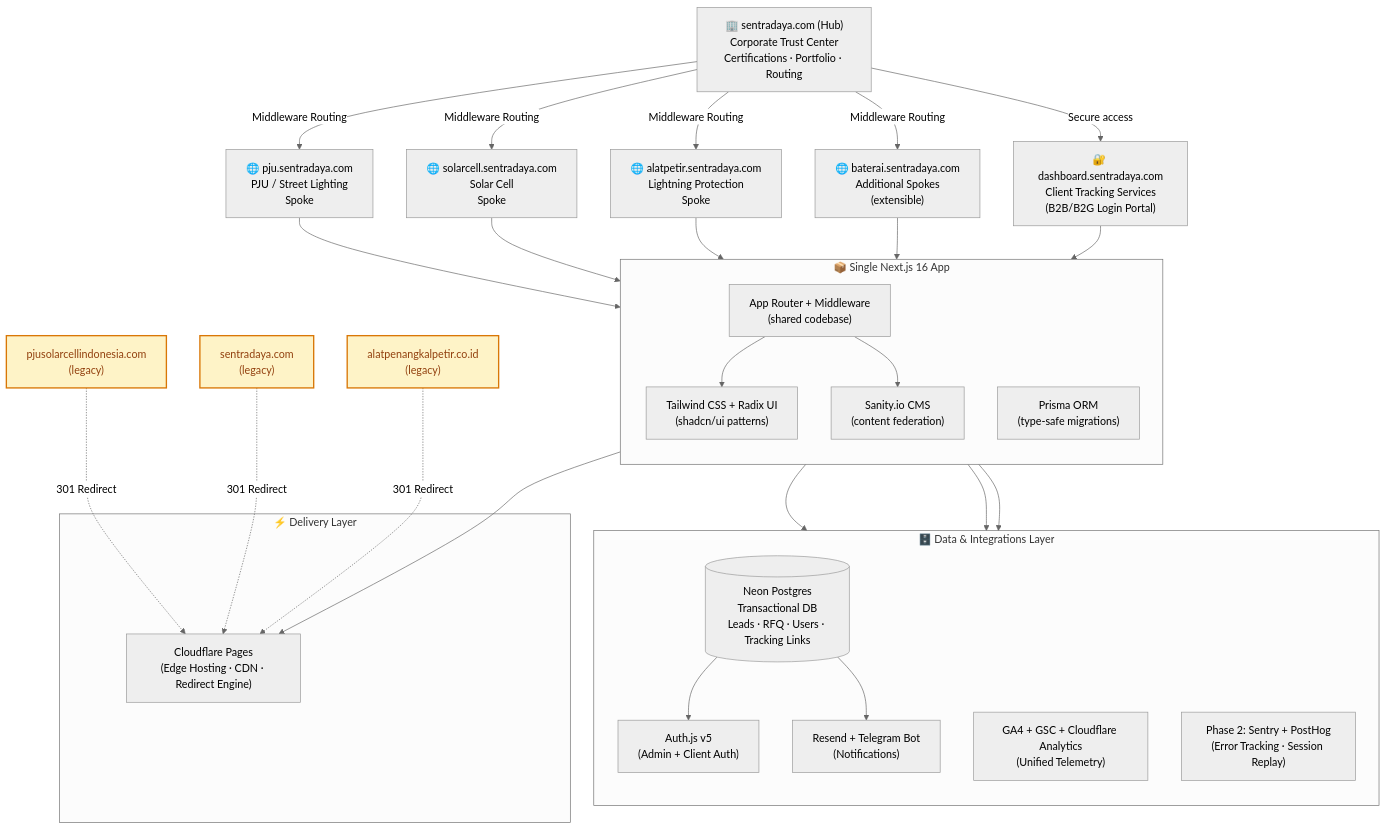
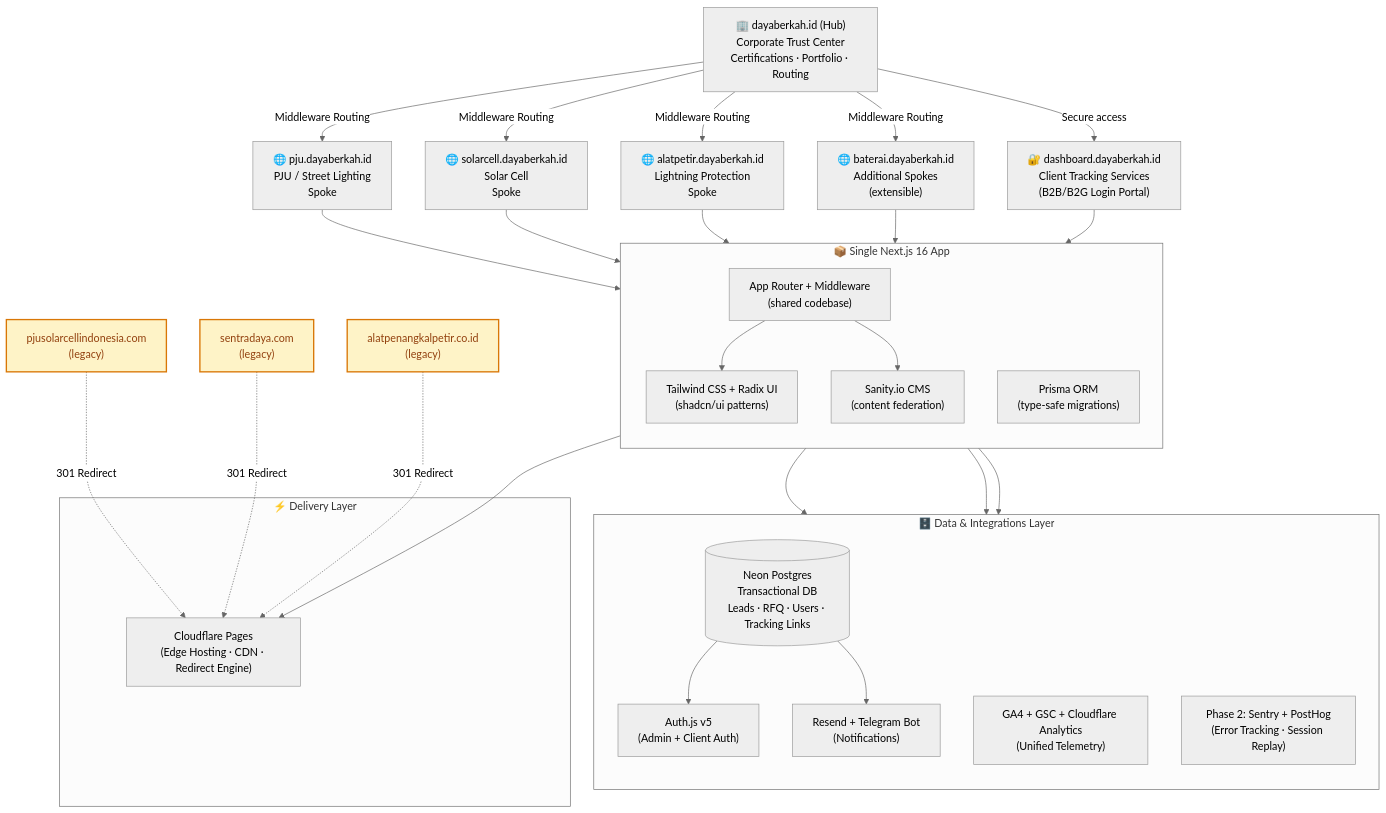
The first of 3 diagrams in docs/core/prd/prd-v3.md (pxrzival404/arostech-hub), drawn with Mermaid (neutral theme) before and after one commit. The commit also changed other lines of this file and 27 other files, not shown here.

````diff
--- a/docs/core/prd/prd-v3.md
+++ b/docs/core/prd/prd-v3.md
@@ -99,49 +99,49 @@
 ```mermaid
 ---
 config:
   layout: dagre
 ---
 flowchart TD
     classDef entry fill:#fef3c7,stroke:#d97706,stroke-width:2px,color:#92400e
     classDef conversion fill:#fff7ed,stroke:#ea580c,stroke-width:2px,color:#9a3412
 
-    Root["🏢 sentradaya.com (Hub)\nCorporate Trust Center\nCertifications · Portfolio · Routing"]
-    Root -->|"Middleware Routing"| S1["🌐 pju.sentradaya.com\nPJU / Street Lighting\nSpoke"]
-    Root -->|"Middleware Routing"| S2["🌐 solarcell.sentradaya.com\nSolar Cell\nSpoke"]
-    Root -->|"Middleware Routing"| S3["🌐 alatpetir.sentradaya.com\nLightning Protection\nSpoke"]
-    Root -->|"Middleware Routing"| SN["🌐 baterai.sentradaya.com\nAdditional Spokes\n(extensible)"]
-    Root -->|"Secure access"| SD["🔐 dashboard.sentradaya.com\nClient Tracking Services\n(B2B/B2G Login Portal)"]
+    Root["🏢 dayaberkah.id (Hub)\nCorporate Trust Center\nCertifications · Portfolio · Routing"]
+    Root -->|"Middleware Routing"| S1["🌐 pju.dayaberkah.id\nPJU / Street Lighting\nSpoke"]
+    Root -->|"Middleware Routing"| S2["🌐 solarcell.dayaberkah.id\nSolar Cell\nSpoke"]
+    Root -->|"Middleware Routing"| S3["🌐 alatpetir.dayaberkah.id\nLightning Protection\nSpoke"]
+    Root -->|"Middleware Routing"| SN["🌐 baterai.dayaberkah.id\nAdditional Spokes\n(extensible)"]
+    Root -->|"Secure access"| SD["🔐 dashboard.dayaberkah.id\nClient Tracking Services\n(B2B/B2G Login Portal)"]
     subgraph SingleApp ["📦 Single Next.js 16 App"]
         direction TB
         NextJS["App Router + Middleware\n(shared codebase)"]
         DesignSystem["Tailwind CSS + Radix UI\n(shadcn/ui patterns)"]
         SanityFed["Sanity.io CMS\n(content federation)"]
         PrismaORM["Prisma ORM\n(type-safe migrations)"]
     end
     subgraph DataLayer ["🗄️ Data & Integrations Layer"]
         direction TB
         PS[("Neon Postgres\nTransactional DB\nLeads · RFQ · Users · Tracking Links")]
         Auth["Auth.js v5\n(Admin + Client Auth)"]
         Notif["Resend + Telegram Bot\n(Notifications)"]
         GA["GA4 + GSC + Cloudflare Analytics\n(Unified Telemetry)"]
         Mon["Phase 2: Sentry + PostHog\n(Error Tracking · Session Replay)"]
     end
     subgraph EdgeLayer ["⚡ Delivery Layer"]
         CF["Cloudflare Pages\n(Edge Hosting · CDN · Redirect Engine)"]
     end
     S1 & S2 & S3 & SN & SD --> NextJS
     NextJS --> DesignSystem
     NextJS --> SanityFed
     NextJS --> PS
     PS --> Auth
     PS --> Notif
     NextJS --> GA
     NextJS --> Mon
     NextJS --> CF
     Legacy1["pjusolarcellindonesia.com\n(legacy)"] -.->|"301 Redirect"| CF
     Legacy2["sentradaya.com\n(legacy)"] -.->|"301 Redirect"| CF
     Legacy3["alatpenangkalpetir.co.id\n(legacy)"] -.->|"301 Redirect"| CF
     class Legacy1 entry
     class Legacy2 entry
     class Legacy3 entry
 ```
````
